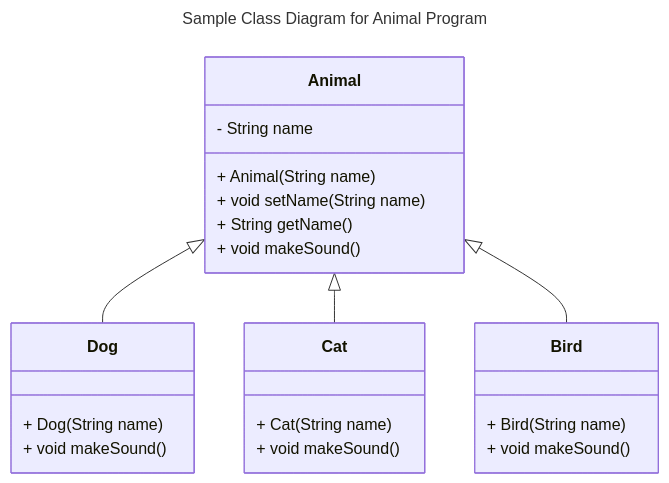
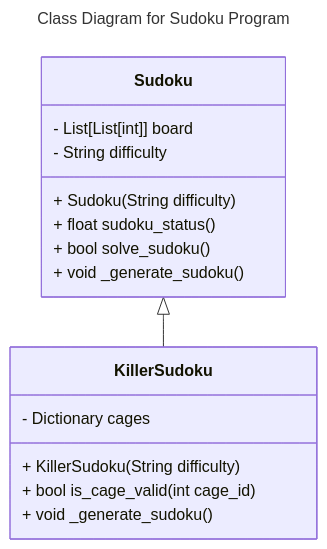
The second of 5 diagrams in README.md (ClearCrystals/LogicLuminaries), drawn with Mermaid before and after one commit. The commit also changed other lines of this file, not shown here.

Commit message:
the read me diagrams

````diff
--- a/README.md
+++ b/README.md
@@ -150,28 +162,22 @@
 ```mermaid
 ---
-title: Sample Class Diagram for Animal Program
+title: Class Diagram for Sudoku Program
 ---
 classDiagram
-    class Animal {
-        - String name
-        + Animal(String name)
-        + void setName(String name)
-        + String getName()
-        + void makeSound()
+    class Sudoku {
+        - List[List[int]] board
+        - String difficulty
+        + Sudoku(String difficulty)
+        + float sudoku_status()
+        + bool solve_sudoku()
+        + void _generate_sudoku()
     }
-    class Dog {
-        + Dog(String name)
-        + void makeSound()
+    class KillerSudoku {
+        - Dictionary cages
+        + KillerSudoku(String difficulty)
+        + bool is_cage_valid(int cage_id)
+        + void _generate_sudoku()
     }
-    class Cat {
-        + Cat(String name)
-        + void makeSound()
-    }
-    class Bird {
-        + Bird(String name)
-        + void makeSound()
-    }
-    Animal <|-- Dog
-    Animal <|-- Cat
-    Animal <|-- Bird
+    Sudoku <|-- KillerSudoku
+
 ```
````
